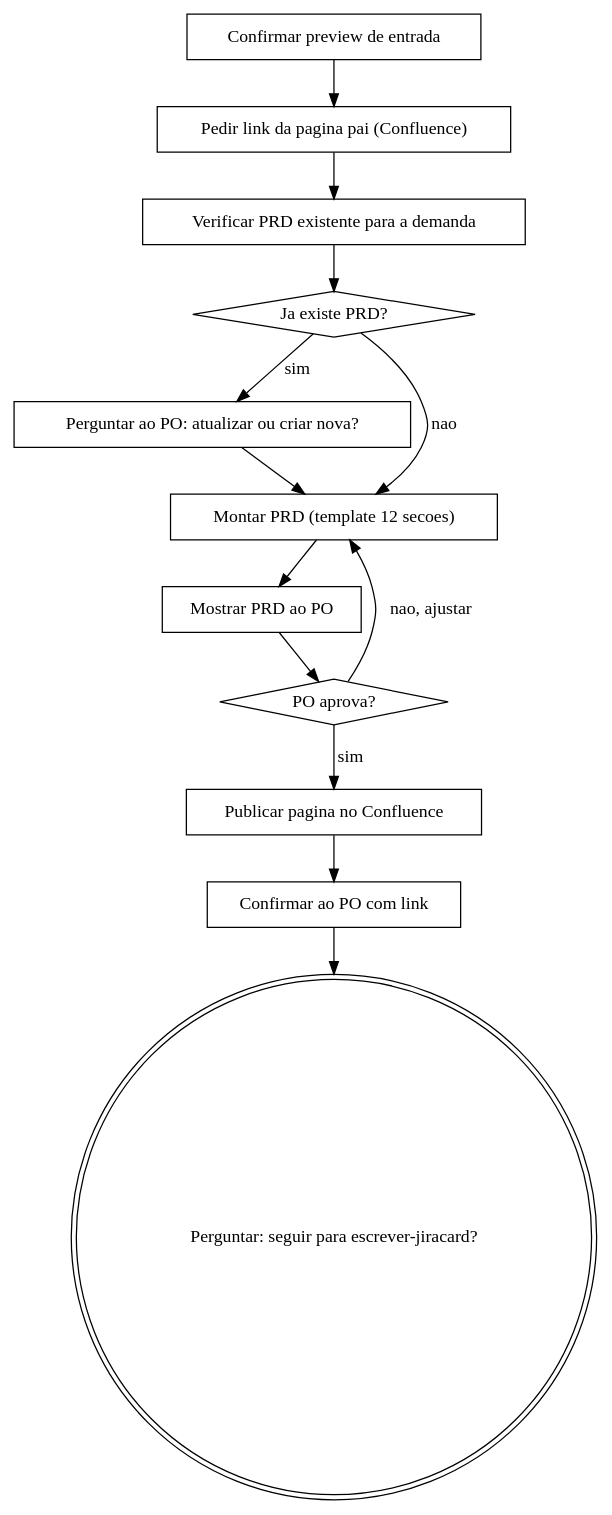
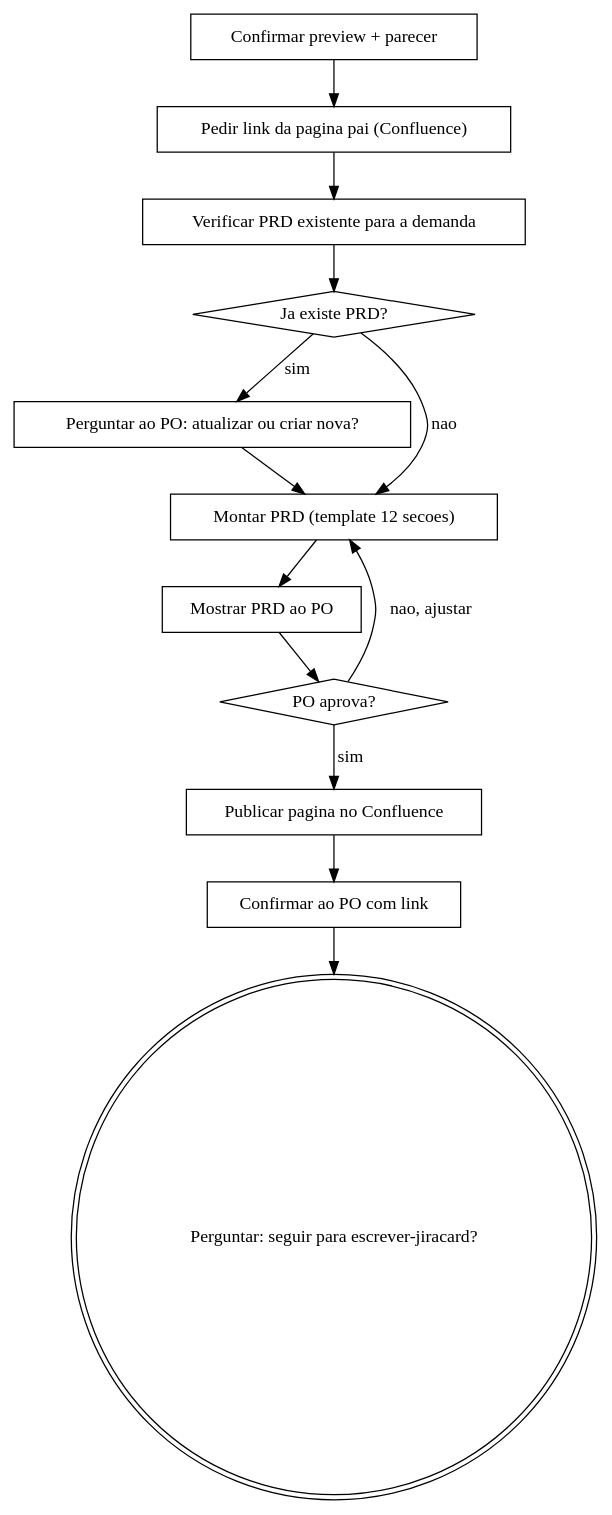
Before and after one commit to diegolirio/ai-showcase-skills: the diagram in PO-skills/escrever-prd/SKILL.md, drawn with Graphviz. The commit also changed other lines of this file and 6 other files, not shown here.

````diff
--- a/PO-skills/escrever-prd/SKILL.md
+++ b/PO-skills/escrever-prd/SKILL.md
@@ -39,28 +39,28 @@
 ```dot
 digraph escrever_prd {
-    "Confirmar preview de entrada" [shape=box];
+    "Confirmar preview + parecer" [shape=box];
     "Pedir link da pagina pai (Confluence)" [shape=box];
     "Verificar PRD existente para a demanda" [shape=box];
     "Ja existe PRD?" [shape=diamond];
     "Perguntar ao PO: atualizar ou criar nova?" [shape=box];
     "Montar PRD (template 12 secoes)" [shape=box];
     "Mostrar PRD ao PO" [shape=box];
     "PO aprova?" [shape=diamond];
     "Publicar pagina no Confluence" [shape=box];
     "Confirmar ao PO com link" [shape=box];
     "Perguntar: seguir para escrever-jiracard?" [shape=doublecircle];
 
-    "Confirmar preview de entrada" -> "Pedir link da pagina pai (Confluence)";
+    "Confirmar preview + parecer" -> "Pedir link da pagina pai (Confluence)";
     "Pedir link da pagina pai (Confluence)" -> "Verificar PRD existente para a demanda";
     "Verificar PRD existente para a demanda" -> "Ja existe PRD?";
     "Ja existe PRD?" -> "Perguntar ao PO: atualizar ou criar nova?" [label="sim"];
     "Ja existe PRD?" -> "Montar PRD (template 12 secoes)" [label="nao"];
     "Perguntar ao PO: atualizar ou criar nova?" -> "Montar PRD (template 12 secoes)";
     "Montar PRD (template 12 secoes)" -> "Mostrar PRD ao PO";
     "Mostrar PRD ao PO" -> "PO aprova?";
     "PO aprova?" -> "Montar PRD (template 12 secoes)" [label="nao, ajustar"];
     "PO aprova?" -> "Publicar pagina no Confluence" [label="sim"];
     "Publicar pagina no Confluence" -> "Confirmar ao PO com link";
     "Confirmar ao PO com link" -> "Perguntar: seguir para escrever-jiracard?";
 }
 ```
````
